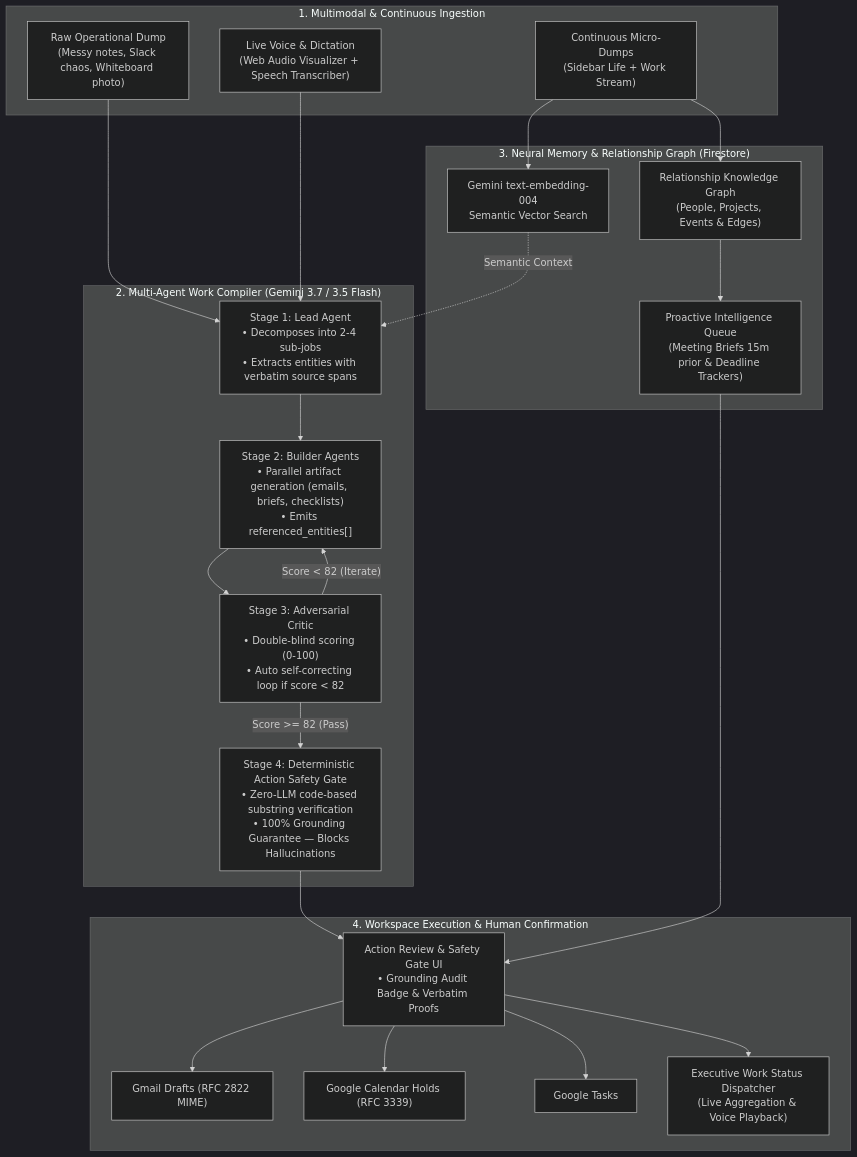
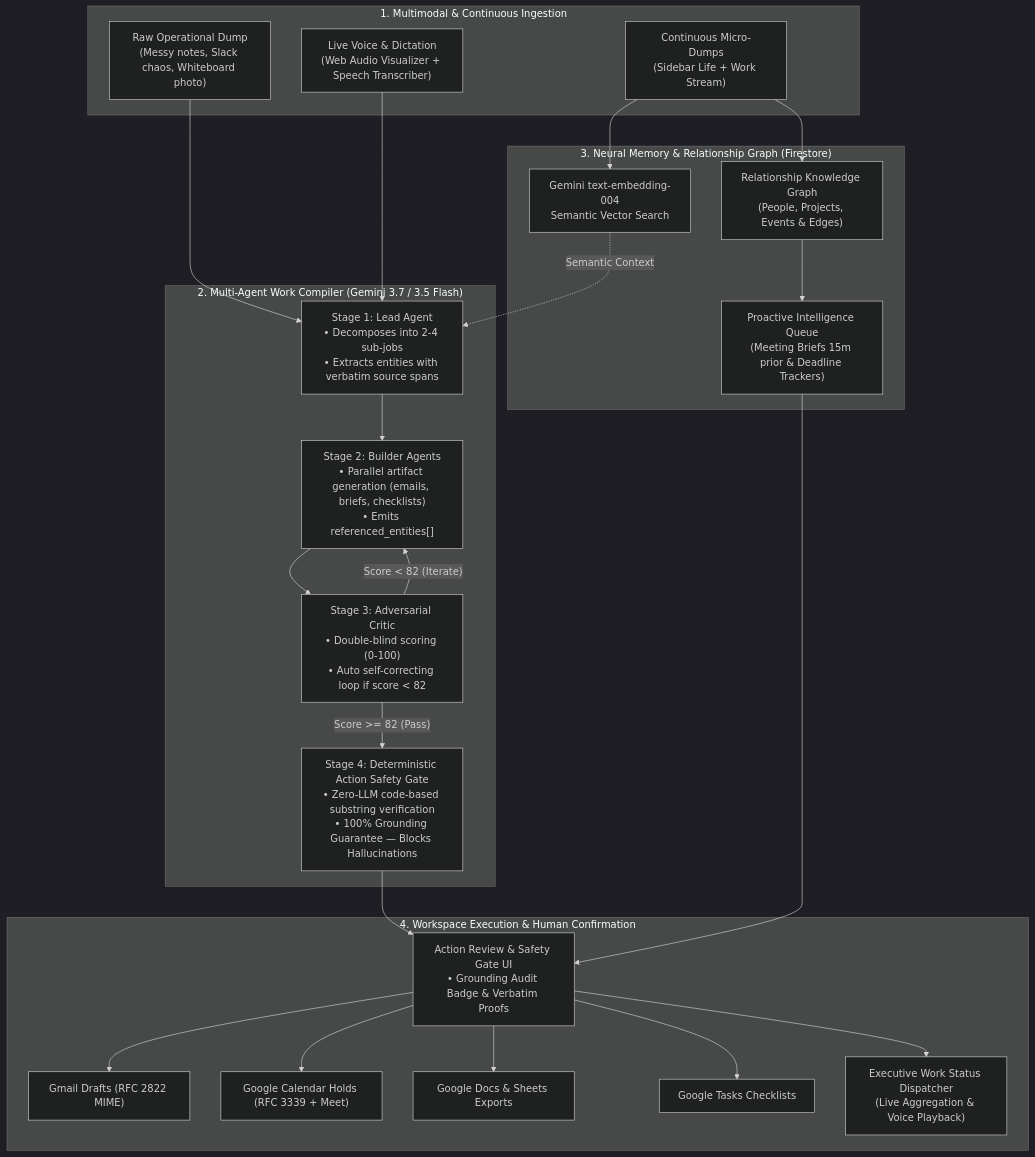
Before and after one commit to suchit1010/geminiG: the diagram in README.md, drawn with Mermaid (dark theme). The commit also changed other lines of this file, not shown here.

````diff
--- a/README.md
+++ b/README.md
@@ -41,48 +40,50 @@
 ```mermaid
 flowchart TD
     subgraph Ingestion["1. Multimodal & Continuous Ingestion"]
         RawDump["Raw Operational Dump\n(Messy notes, Slack chaos, Whiteboard photo)"]
         VoiceStream["Live Voice & Dictation\n(Web Audio Visualizer + Speech Transcriber)"]
         MicroDump["Continuous Micro-Dumps\n(Sidebar Life + Work Stream)"]
     end
 
     subgraph MultiAgentCompiler["2. Multi-Agent Work Compiler (Gemini 3.7 / 3.5 Flash)"]
         Lead["Stage 1: Lead Agent\n• Decomposes into 2-4 sub-jobs\n• Extracts entities with verbatim source spans"]
         Builders["Stage 2: Builder Agents\n• Parallel artifact generation (emails, briefs, checklists)\n• Emits referenced_entities[]"]
         Critic["Stage 3: Adversarial Critic\n• Double-blind scoring (0-100)\n• Auto self-correcting loop if score < 82"]
         SafetyGate["Stage 4: Deterministic Action Safety Gate\n• Zero-LLM code-based substring verification\n• 100% Grounding Guarantee — Blocks Hallucinations"]
     end
 
     subgraph LokiEngine["3. Neural Memory & Relationship Graph (Firestore)"]
         Embed["Gemini text-embedding-004\nSemantic Vector Search"]
         Graph["Relationship Knowledge Graph\n(People, Projects, Events & Edges)"]
         Alerts["Proactive Intelligence Queue\n(Meeting Briefs 15m prior & Deadline Trackers)"]
     end
 
     subgraph DispatchLayer["4. Workspace Execution & Human Confirmation"]
         ConfirmGate["Action Review & Safety Gate UI\n• Grounding Audit Badge & Verbatim Proofs"]
         Gmail["Gmail Drafts (RFC 2822 MIME)"]
-        Calendar["Google Calendar Holds (RFC 3339)"]
-        Tasks["Google Tasks"]
+        Calendar["Google Calendar Holds (RFC 3339 + Meet)"]
+        DocsSheets["Google Docs & Sheets Exports"]
+        Tasks["Google Tasks Checklists"]
         StatusReport["Executive Work Status Dispatcher\n(Live Aggregation & Voice Playback)"]
     end
 
     RawDump --> Lead
     VoiceStream --> Lead
     Lead --> Builders
     Builders --> Critic
     Critic -- "Score < 82 (Iterate)" --> Builders
     Critic -- "Score >= 82 (Pass)" --> SafetyGate
     SafetyGate --> ConfirmGate
 
     MicroDump --> Embed
     MicroDump --> Graph
     Graph --> Alerts
     Alerts --> ConfirmGate
     Embed -. "Semantic Context" .-> Lead
 
     ConfirmGate --> Gmail
     ConfirmGate --> Calendar
+    ConfirmGate --> DocsSheets
     ConfirmGate --> Tasks
     ConfirmGate --> StatusReport
 ```
````
